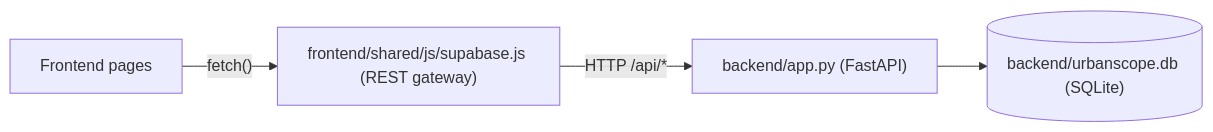
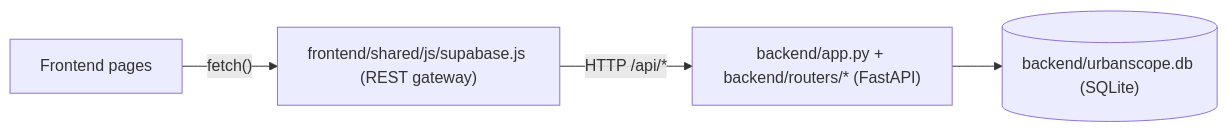
The first of 3 diagrams in DATABASE.md (UrbanScope-PH/Miriam-Lobren-RealEstate), drawn with Mermaid before and after one commit. The commit also changed other lines of this file and 25 other files, not shown here.

Commit message:
refactor(backend): modularize FastAPI routers and remove unused next-app prototype

````diff
--- a/DATABASE.md
+++ b/DATABASE.md
@@ -22,6 +22,6 @@
 ```mermaid
 flowchart LR
     Browser["Frontend pages"] -->|"fetch()"| GW["frontend/shared/js/supabase.js (REST gateway)"]
-    GW -->|"HTTP /api/*"| API["backend/app.py (FastAPI)"]
+    GW -->|"HTTP /api/*"| API["backend/app.py + backend/routers/* (FastAPI)"]
     API --> DB[("backend/urbanscope.db (SQLite)")]
 ```
````
